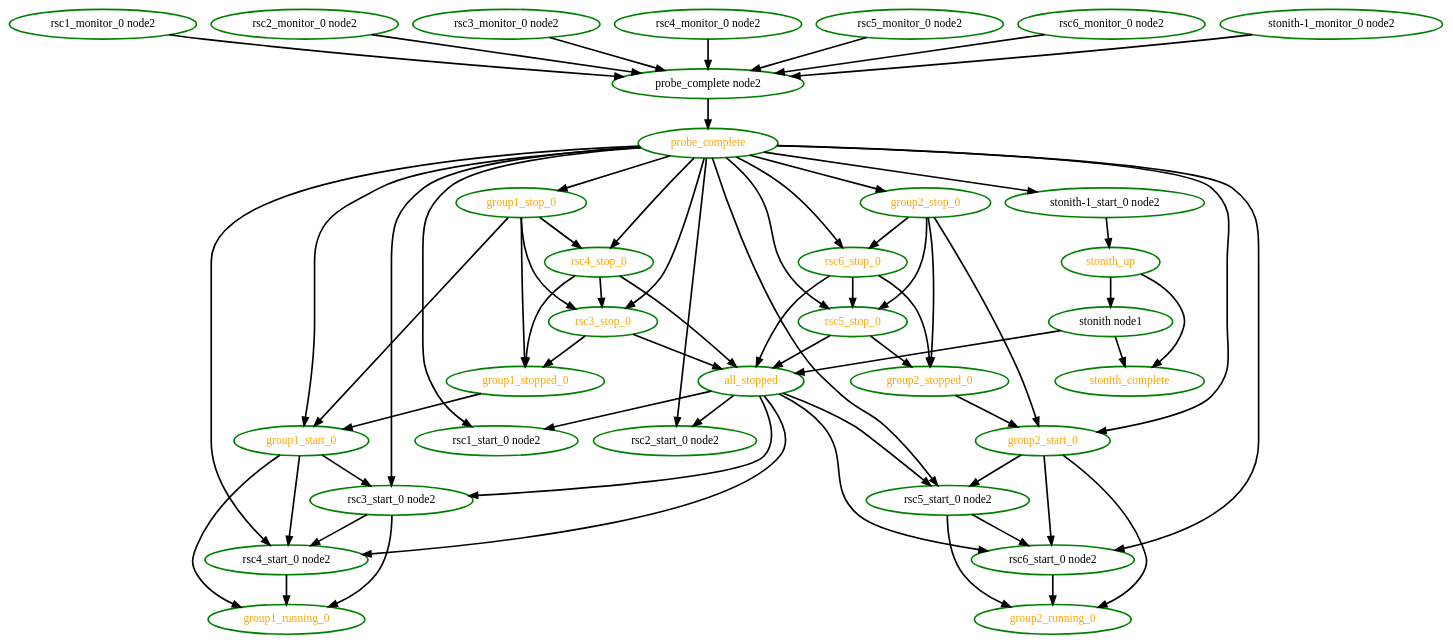
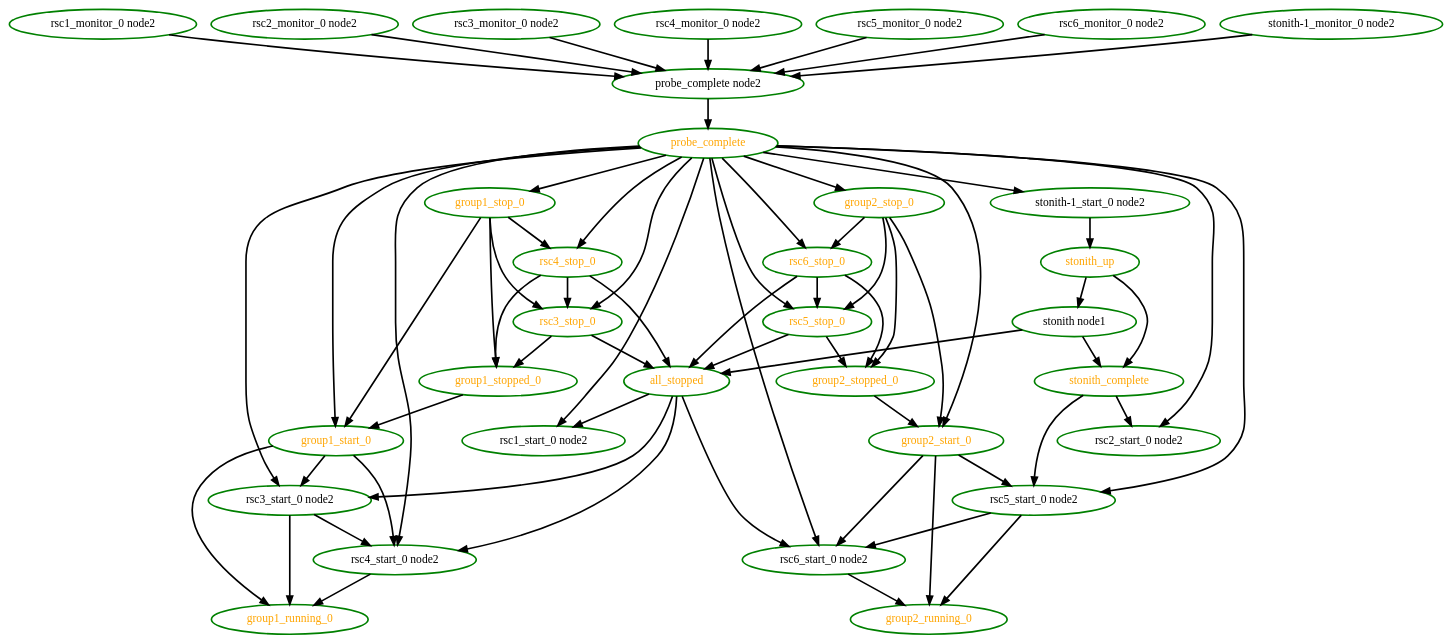
The diagram in pengine/test10/rec-node-2.dot (linux-ha-japan/pm_diskd), drawn with Graphviz before and after one commit. The commit also changed 2 other files, not shown here.

Commit message:
High: PE: Bug lf#2225 - Operations that require fencing should wait for 'stonith_complete' not 'all_stopped'. Allows stop actions to also require fencing without craeting graph loops.

```diff
--- a/pengine/test10/rec-node-2.dot
+++ b/pengine/test10/rec-node-2.dot
@@ -1,100 +1,100 @@
  digraph "g" {
 "all_stopped" -> "rsc1_start_0 node2" [ style = bold]
-"all_stopped" -> "rsc2_start_0 node2" [ style = bold]
 "all_stopped" -> "rsc3_start_0 node2" [ style = bold]
 "all_stopped" -> "rsc4_start_0 node2" [ style = bold]
-"all_stopped" -> "rsc5_start_0 node2" [ style = bold]
 "all_stopped" -> "rsc6_start_0 node2" [ style = bold]
 "all_stopped" [ style=bold color="green" fontcolor="orange"  ]
 "group1_running_0" [ style=bold color="green" fontcolor="orange" ]
 "group1_start_0" -> "group1_running_0" [ style = bold]
 "group1_start_0" -> "rsc3_start_0 node2" [ style = bold]
 "group1_start_0" -> "rsc4_start_0 node2" [ style = bold]
 "group1_start_0" [ style=bold color="green" fontcolor="orange" ]
 "group1_stop_0" -> "group1_start_0" [ style = bold]
 "group1_stop_0" -> "group1_stopped_0" [ style = bold]
 "group1_stop_0" -> "rsc3_stop_0" [ style = bold]
 "group1_stop_0" -> "rsc4_stop_0" [ style = bold]
 "group1_stop_0" [ style=bold color="green" fontcolor="orange"  ]
 "group1_stopped_0" -> "group1_start_0" [ style = bold]
 "group1_stopped_0" [ style=bold color="green" fontcolor="orange"  ]
 "group2_running_0" [ style=bold color="green" fontcolor="orange" ]
 "group2_start_0" -> "group2_running_0" [ style = bold]
 "group2_start_0" -> "rsc5_start_0 node2" [ style = bold]
 "group2_start_0" -> "rsc6_start_0 node2" [ style = bold]
 "group2_start_0" [ style=bold color="green" fontcolor="orange" ]
 "group2_stop_0" -> "group2_start_0" [ style = bold]
 "group2_stop_0" -> "group2_stopped_0" [ style = bold]
 "group2_stop_0" -> "rsc5_stop_0" [ style = bold]
 "group2_stop_0" -> "rsc6_stop_0" [ style = bold]
 "group2_stop_0" [ style=bold color="green" fontcolor="orange"  ]
 "group2_stopped_0" -> "group2_start_0" [ style = bold]
 "group2_stopped_0" [ style=bold color="green" fontcolor="orange"  ]
 "probe_complete node2" -> "probe_complete" [ style = bold]
 "probe_complete node2" [ style=bold color="green" fontcolor="black" ]
 "probe_complete" -> "group1_start_0" [ style = bold]
 "probe_complete" -> "group1_stop_0" [ style = bold]
 "probe_complete" -> "group2_start_0" [ style = bold]
 "probe_complete" -> "group2_stop_0" [ style = bold]
 "probe_complete" -> "rsc1_start_0 node2" [ style = bold]
 "probe_complete" -> "rsc2_start_0 node2" [ style = bold]
 "probe_complete" -> "rsc3_start_0 node2" [ style = bold]
 "probe_complete" -> "rsc3_stop_0" [ style = bold]
 "probe_complete" -> "rsc4_start_0 node2" [ style = bold]
 "probe_complete" -> "rsc4_stop_0" [ style = bold]
 "probe_complete" -> "rsc5_start_0 node2" [ style = bold]
 "probe_complete" -> "rsc5_stop_0" [ style = bold]
 "probe_complete" -> "rsc6_start_0 node2" [ style = bold]
 "probe_complete" -> "rsc6_stop_0" [ style = bold]
 "probe_complete" -> "stonith-1_start_0 node2" [ style = bold]
 "probe_complete" [ style=bold color="green" fontcolor="orange" ]
 "rsc1_monitor_0 node2" -> "probe_complete node2" [ style = bold]
 "rsc1_monitor_0 node2" [ style=bold color="green" fontcolor="black" ]
 "rsc1_start_0 node2" [ style=bold color="green" fontcolor="black" ]
 "rsc2_monitor_0 node2" -> "probe_complete node2" [ style = bold]
 "rsc2_monitor_0 node2" [ style=bold color="green" fontcolor="black" ]
 "rsc2_start_0 node2" [ style=bold color="green" fontcolor="black" ]
 "rsc3_monitor_0 node2" -> "probe_complete node2" [ style = bold]
 "rsc3_monitor_0 node2" [ style=bold color="green" fontcolor="black" ]
 "rsc3_start_0 node2" -> "group1_running_0" [ style = bold]
 "rsc3_start_0 node2" -> "rsc4_start_0 node2" [ style = bold]
 "rsc3_start_0 node2" [ style=bold color="green" fontcolor="black" ]
 "rsc3_stop_0" -> "all_stopped" [ style = bold]
 "rsc3_stop_0" -> "group1_stopped_0" [ style = bold]
 "rsc3_stop_0" [ style=bold color="green" fontcolor="orange"  ]
 "rsc4_monitor_0 node2" -> "probe_complete node2" [ style = bold]
 "rsc4_monitor_0 node2" [ style=bold color="green" fontcolor="black" ]
 "rsc4_start_0 node2" -> "group1_running_0" [ style = bold]
 "rsc4_start_0 node2" [ style=bold color="green" fontcolor="black" ]
 "rsc4_stop_0" -> "all_stopped" [ style = bold]
 "rsc4_stop_0" -> "group1_stopped_0" [ style = bold]
 "rsc4_stop_0" -> "rsc3_stop_0" [ style = bold]
 "rsc4_stop_0" [ style=bold color="green" fontcolor="orange"  ]
 "rsc5_monitor_0 node2" -> "probe_complete node2" [ style = bold]
 "rsc5_monitor_0 node2" [ style=bold color="green" fontcolor="black" ]
 "rsc5_start_0 node2" -> "group2_running_0" [ style = bold]
 "rsc5_start_0 node2" -> "rsc6_start_0 node2" [ style = bold]
 "rsc5_start_0 node2" [ style=bold color="green" fontcolor="black" ]
 "rsc5_stop_0" -> "all_stopped" [ style = bold]
 "rsc5_stop_0" -> "group2_stopped_0" [ style = bold]
 "rsc5_stop_0" [ style=bold color="green" fontcolor="orange"  ]
 "rsc6_monitor_0 node2" -> "probe_complete node2" [ style = bold]
 "rsc6_monitor_0 node2" [ style=bold color="green" fontcolor="black" ]
 "rsc6_start_0 node2" -> "group2_running_0" [ style = bold]
 "rsc6_start_0 node2" [ style=bold color="green" fontcolor="black" ]
 "rsc6_stop_0" -> "all_stopped" [ style = bold]
 "rsc6_stop_0" -> "group2_stopped_0" [ style = bold]
 "rsc6_stop_0" -> "rsc5_stop_0" [ style = bold]
 "rsc6_stop_0" [ style=bold color="green" fontcolor="orange"  ]
 "stonith node1" -> "all_stopped" [ style = bold]
 "stonith node1" -> "stonith_complete" [ style = bold]
 "stonith node1" [ style=bold color="green" fontcolor="black" ]
 "stonith-1_monitor_0 node2" -> "probe_complete node2" [ style = bold]
 "stonith-1_monitor_0 node2" [ style=bold color="green" fontcolor="black"  ]
 "stonith-1_start_0 node2" -> "stonith_up" [ style = bold]
 "stonith-1_start_0 node2" [ style=bold color="green" fontcolor="black"  ]
+"stonith_complete" -> "rsc2_start_0 node2" [ style = bold]
+"stonith_complete" -> "rsc5_start_0 node2" [ style = bold]
 "stonith_complete" [ style=bold color="green" fontcolor="orange"  ]
 "stonith_up" -> "stonith node1" [ style = bold]
 "stonith_up" -> "stonith_complete" [ style = bold]
 "stonith_up" [ style=bold color="green" fontcolor="orange"  ]
 }
```
